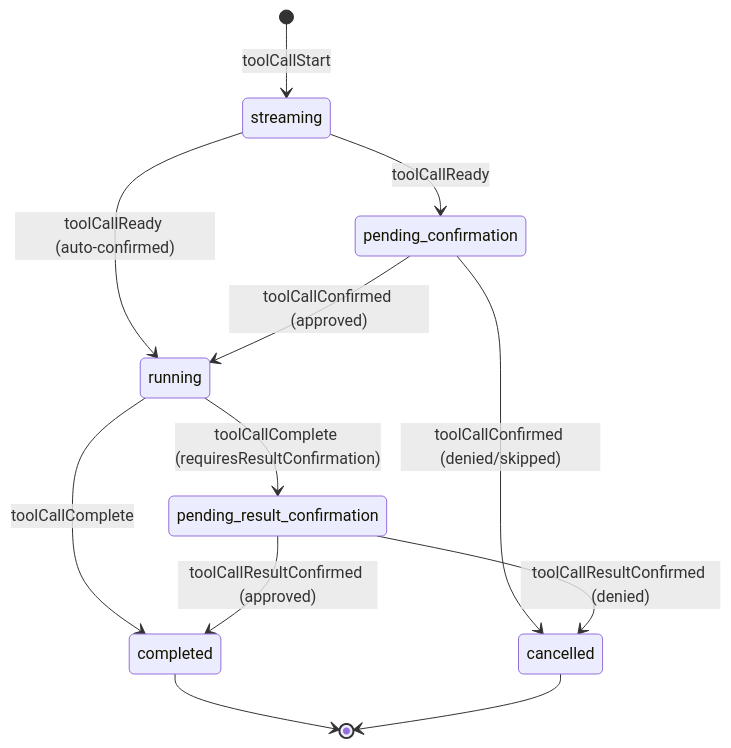
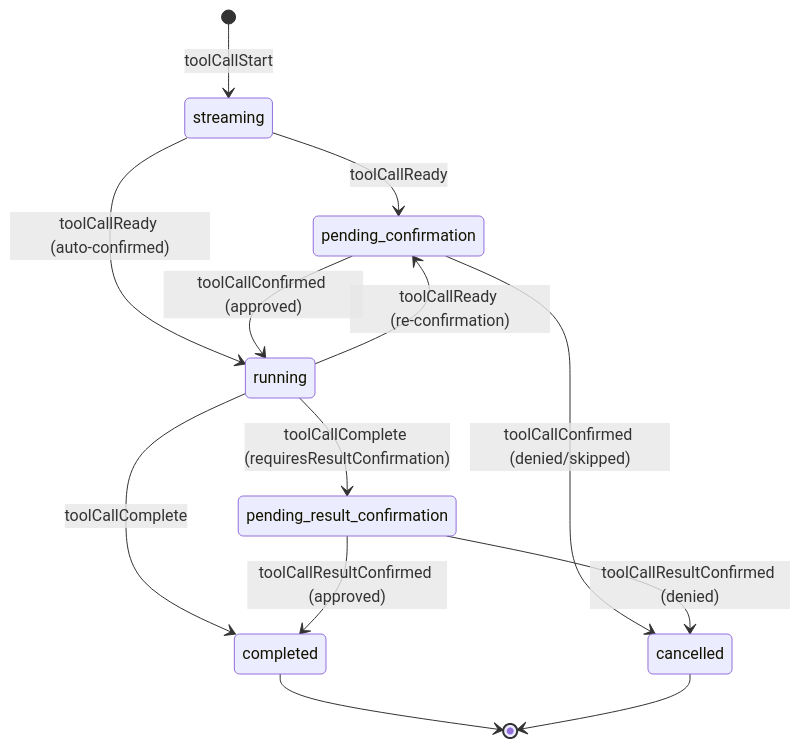
Before and after one commit to microsoft/agent-host-protocol: the diagram in docs/guide/state-model.md, drawn with Mermaid. The commit also changed other lines of this file and 15 other files, not shown here.

````diff
--- a/docs/guide/state-model.md
+++ b/docs/guide/state-model.md
@@ -150,19 +162,20 @@
 ```mermaid
 stateDiagram-v2
   [*] --> streaming : toolCallStart
 
   streaming --> pending_confirmation : toolCallReady
   streaming --> running : toolCallReady (auto‑confirmed)
 
   pending_confirmation --> running : toolCallConfirmed (approved)
   pending_confirmation --> cancelled : toolCallConfirmed (denied/skipped)
 
+  running --> pending_confirmation : toolCallReady (re‑confirmation)
   running --> completed : toolCallComplete
   running --> pending_result_confirmation : toolCallComplete (requiresResultConfirmation)
 
   pending_result_confirmation --> completed : toolCallResultConfirmed (approved)
   pending_result_confirmation --> cancelled : toolCallResultConfirmed (denied)
 
   completed --> [*]
   cancelled --> [*]
 ```
````
